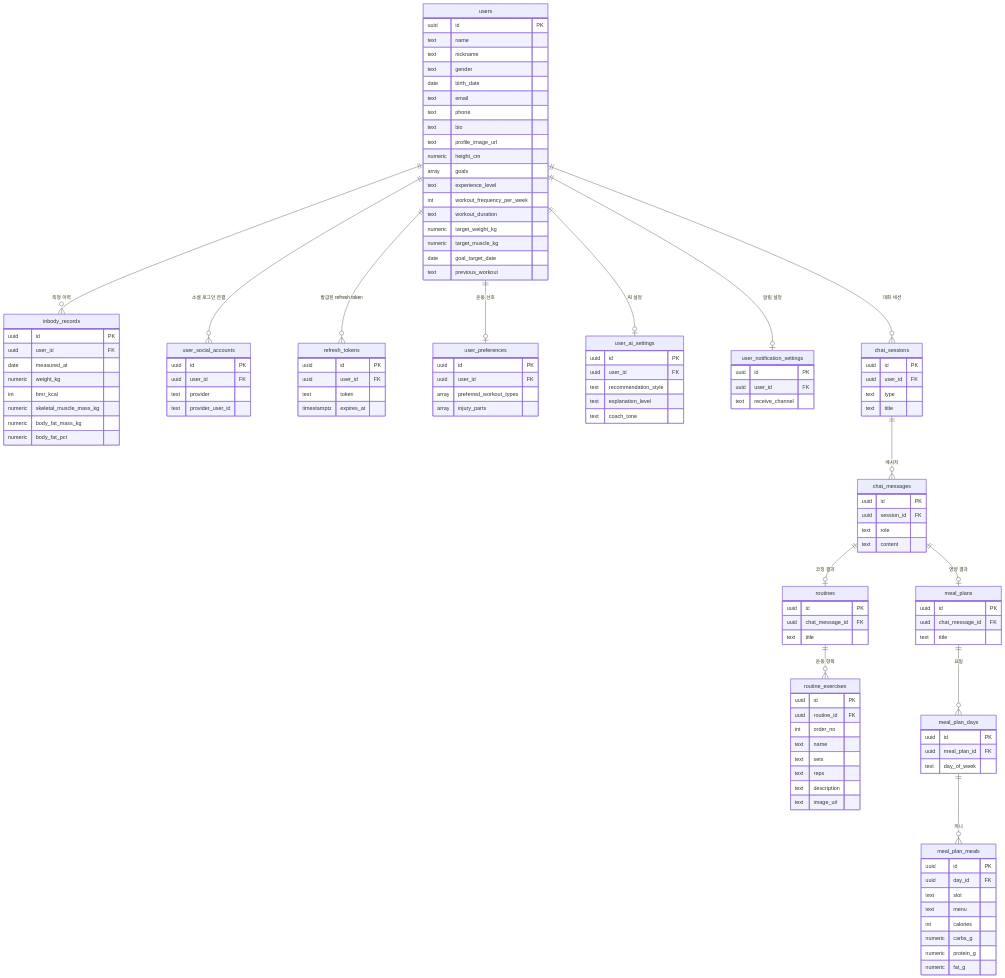
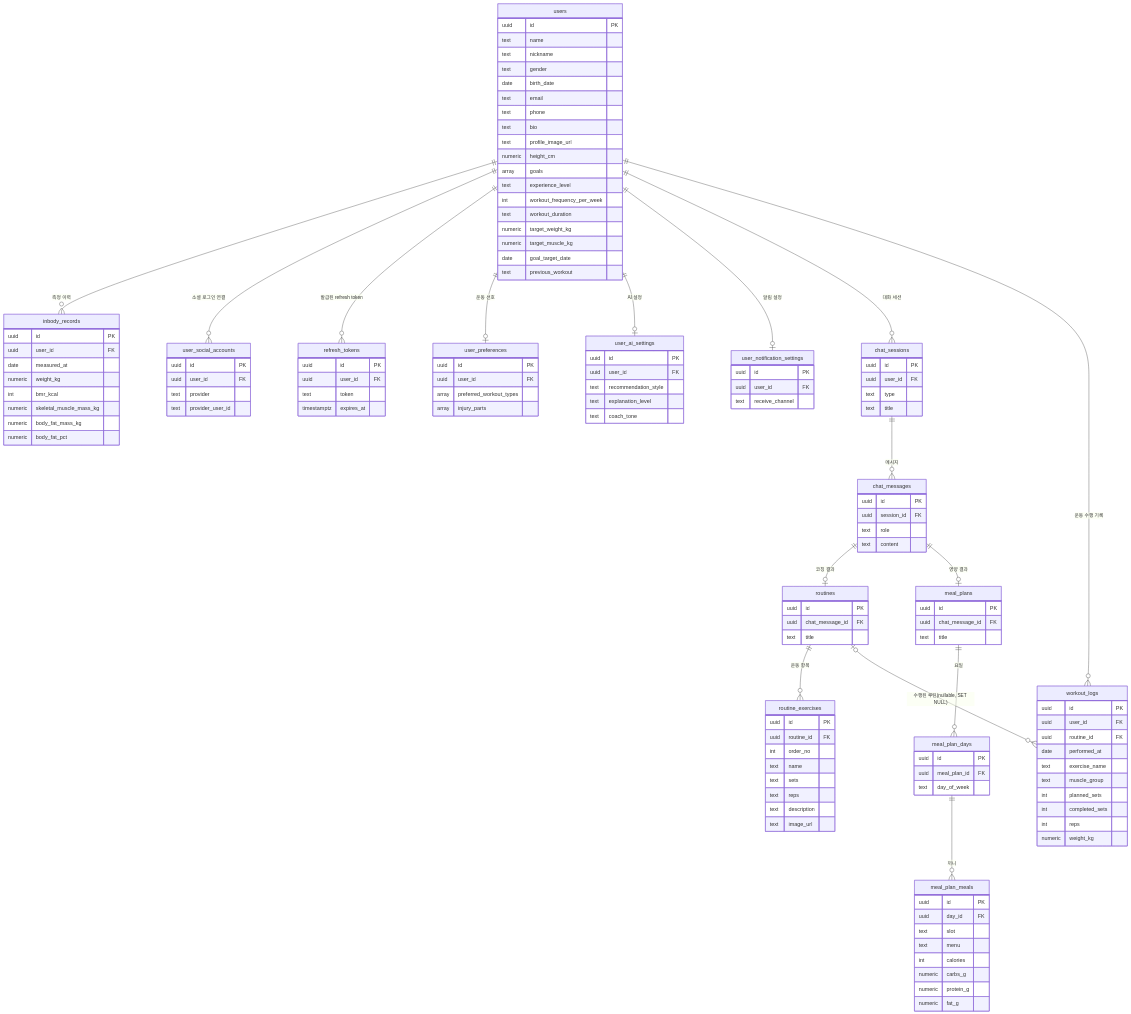
Before and after one commit to Nohpapers/Healthchatbot-Front-end: the diagram in public/md file/database.md, drawn with Mermaid. The commit also changed other lines of this file and 5 other files, not shown here.

````diff
--- a/public/md file/database.md
+++ b/public/md file/database.md
@@ -39,6 +48,8 @@
     chat_messages ||--o| meal_plans : "영양 결과"
     meal_plans ||--o{ meal_plan_days : "요일"
     meal_plan_days ||--o{ meal_plan_meals : "끼니"
+    users ||--o{ workout_logs : "운동 수행 기록"
+    routines |o--o{ workout_logs : "수행된 루틴(nullable, SET NULL)"
 
     users {
         uuid id PK
@@ -147,4 +158,16 @@
         numeric protein_g
         numeric fat_g
     }
+    workout_logs {
+        uuid id PK
+        uuid user_id FK
+        uuid routine_id FK
+        date performed_at
+        text exercise_name
+        text muscle_group
+        int planned_sets
+        int completed_sets
+        int reps
+        numeric weight_kg
+    }
 ```
````
